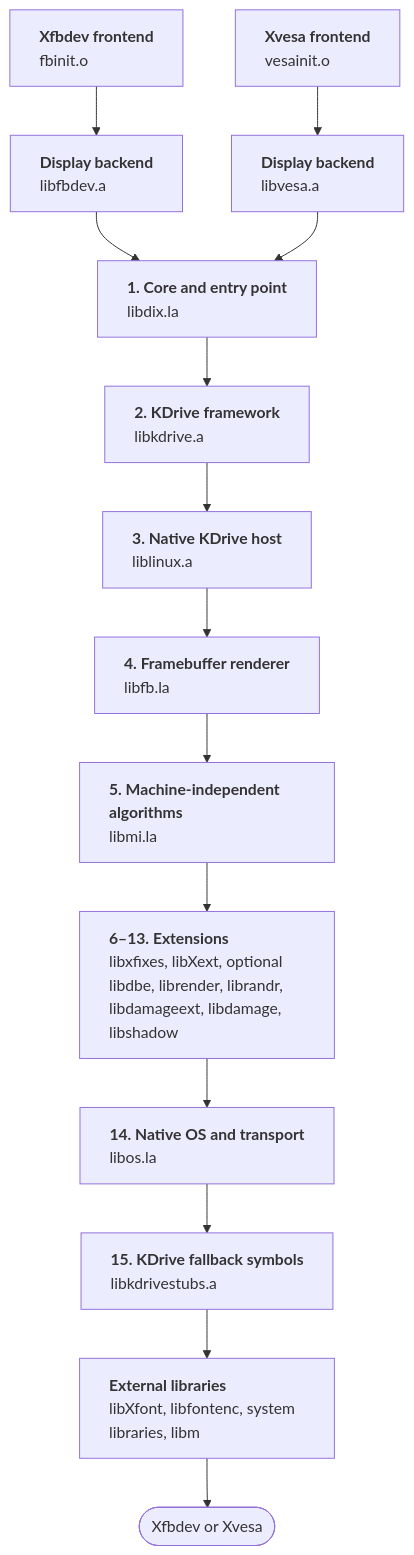
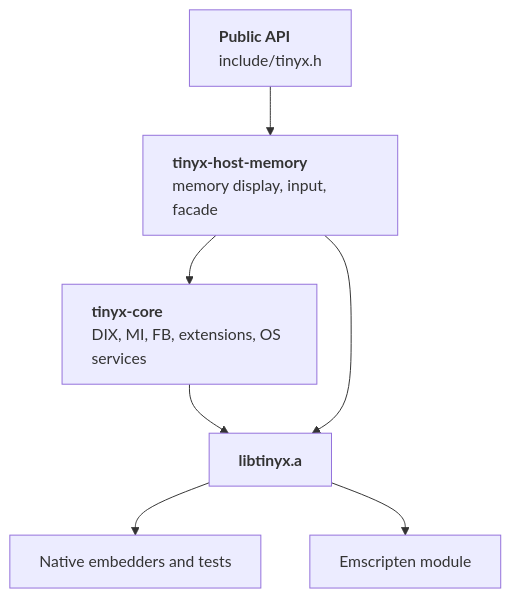
The second of 8 diagrams in docs/architecture.md (pgavlin/tinyx), drawn with Mermaid before and after one commit. The commit also changed other lines of this file and 41 other files, not shown here.

````diff
--- a/docs/architecture.md
+++ b/docs/architecture.md
@@ -148,20 +140,12 @@
 ```mermaid
 flowchart TD
-    fbinit["`**Xfbdev frontend**<br/>fbinit.o`"] --> fbdev["`**Display backend**<br/>libfbdev.a`"]
-    vesainit["`**Xvesa frontend**<br/>vesainit.o`"] --> vesa["`**Display backend**<br/>libvesa.a`"]
-
-    fbdev --> dix["`**1. Core and entry point**<br/>libdix.la`"]
-    vesa --> dix
-    dix --> kdrive["`**2. KDrive framework**<br/>libkdrive.a`"]
-    kdrive --> linux["`**3. Native KDrive host**<br/>liblinux.a`"]
-    linux --> fb["`**4. Framebuffer renderer**<br/>libfb.la`"]
-    fb --> mi["`**5. Machine-independent algorithms**<br/>libmi.la`"]
-    mi --> extensions["`**6–13. Extensions**<br/>libxfixes, libXext, optional libdbe, librender, librandr, libdamageext, libdamage, libshadow`"]
-    extensions --> os["`**14. Native OS and transport**<br/>libos.la`"]
-    os --> stubs["`**15. KDrive fallback symbols**<br/>libkdrivestubs.a`"]
-    stubs --> external["`**External libraries**<br/>libXfont, libfontenc, system libraries, libm`"]
-    external --> executable(["Xfbdev or Xvesa"])
+    api["`**Public API**<br/>include/tinyx.h`"] --> memory["`**tinyx-host-memory**<br/>memory display, input, facade`"]
+    memory --> core["`**tinyx-core**<br/>DIX, MI, FB, extensions, OS services`"]
+    core --> library["`**libtinyx.a**`"]
+    memory --> library
+    library --> native["`Native embedders and tests`"]
+    library --> wasm["`Emscripten module`"]
 
     classDef prose text-align:left
-    class fbinit,fbdev,vesainit,vesa,dix,kdrive,linux,fb,mi,extensions,os,stubs,external,executable prose
+    class api,memory,core,library,native,wasm prose
 ```
````
